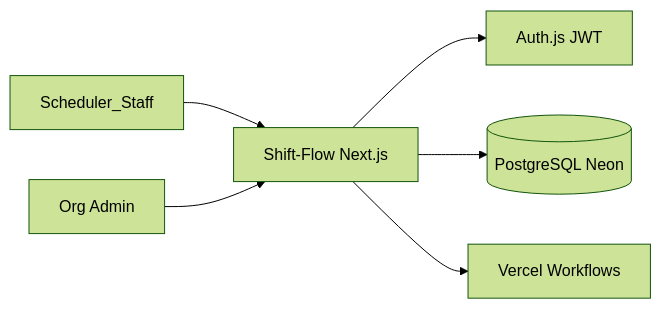
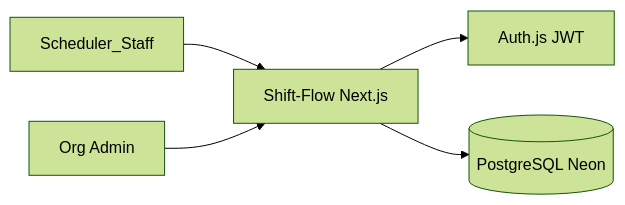
One commit to AloeThron/shift-flow changed the diagram in docs/security/threat-model.md. Above: the diagram before and after it, drawn with Mermaid (forest theme). The commit also changed other lines of this file and 199 other files, not shown here.

````diff
--- a/docs/security/threat-model.md
+++ b/docs/security/threat-model.md
@@ -11,8 +11,7 @@
 ```mermaid
 flowchart LR
   User[Scheduler_Staff] --> App[Shift-Flow Next.js]
   App --> Auth[Auth.js JWT]
   App --> DB[(PostgreSQL Neon)]
-  App --> Workflow[Vercel Workflows]
   Admin[Org Admin] --> App
 ```
````
